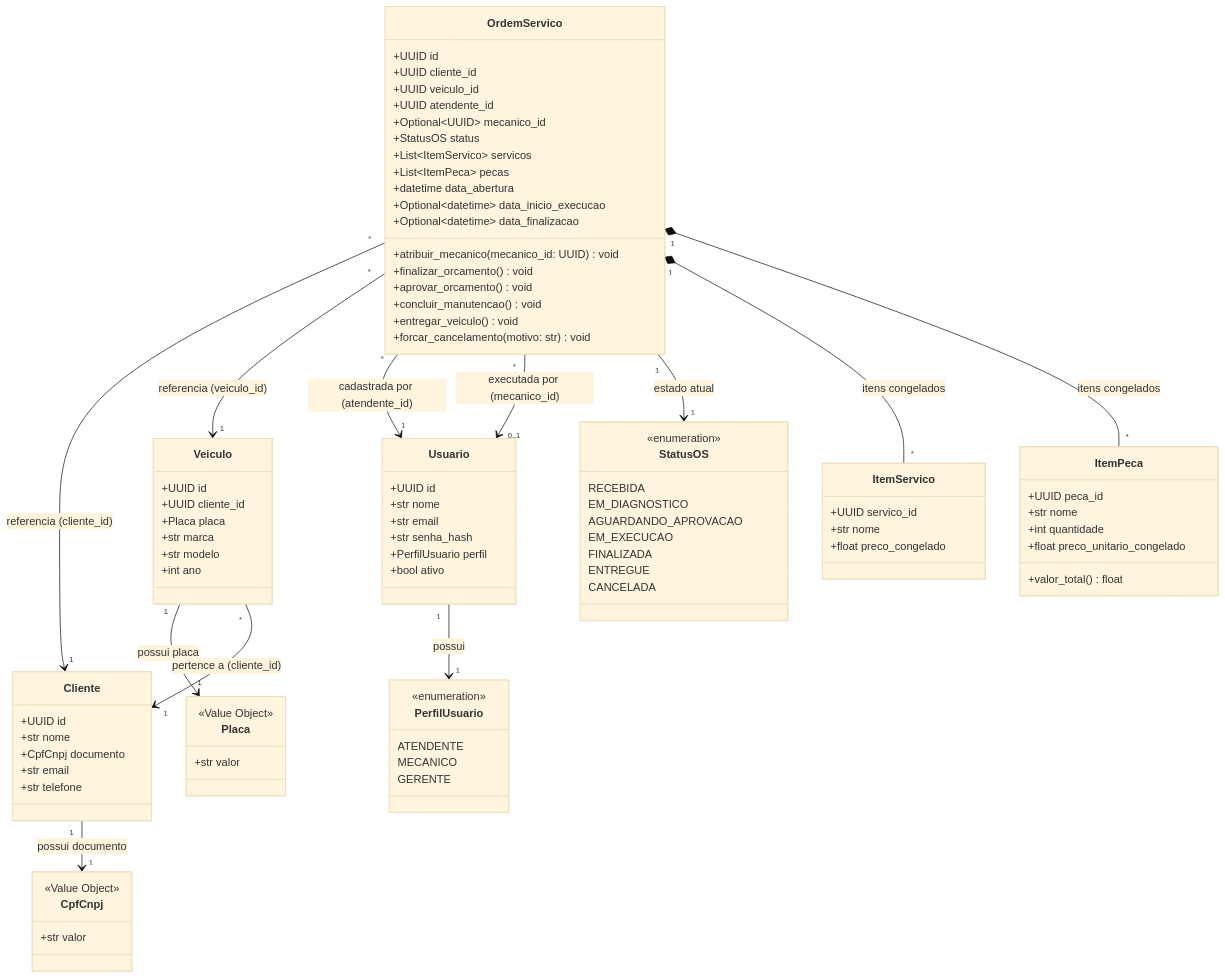
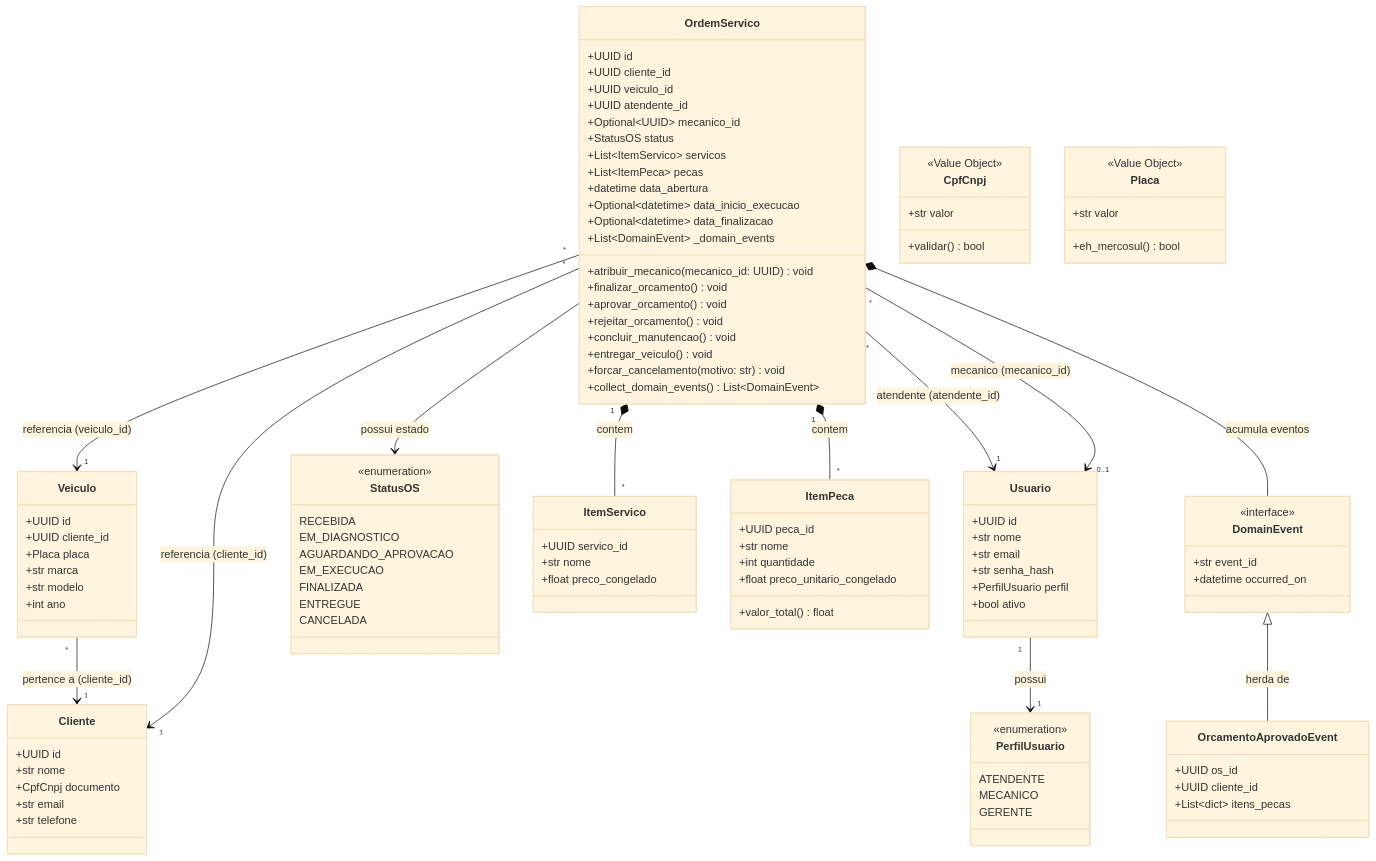
The fourth of 4 diagrams in docs/ddd/c4-model.md (vieira-gabriel/FIAP_SIAES), drawn with Mermaid (base theme) before and after one commit. The commit also changed other lines of this file, not shown here.

````diff
--- a/docs/ddd/c4-model.md
+++ b/docs/ddd/c4-model.md
@@ -208,6 +213,17 @@
         GERENTE
     }
 
+    class StatusOS {
+        <<enumeration>>
+        RECEBIDA
+        EM_DIAGNOSTICO
+        AGUARDANDO_APROVACAO
+        EM_EXECUCAO
+        FINALIZADA
+        ENTREGUE
+        CANCELADA
+    }
+
     class OrdemServico {
         +UUID id
         +UUID cliente_id
@@ -220,12 +236,15 @@
         +datetime data_abertura
         +Optional~datetime~ data_inicio_execucao
         +Optional~datetime~ data_finalizacao
+        +List~DomainEvent~ _domain_events
         +atribuir_mecanico(mecanico_id: UUID) void
         +finalizar_orcamento() void
         +aprovar_orcamento() void
+        +rejeitar_orcamento() void
         +concluir_manutencao() void
         +entregar_veiculo() void
         +forcar_cancelamento(motivo: str) void
+        +collect_domain_events() List~DomainEvent~
     }
 
     class ItemServico {
@@ -242,36 +261,39 @@
         +valor_total() float
     }
 
-    class StatusOS {
-        <<enumeration>>
-        RECEBIDA
-        EM_DIAGNOSTICO
-        AGUARDANDO_APROVACAO
-        EM_EXECUCAO
-        FINALIZADA
-        ENTREGUE
-        CANCELADA
-    }
-
     class CpfCnpj {
         <<Value Object>>
         +str valor
+        +validar() bool
     }
 
     class Placa {
         <<Value Object>>
         +str valor
+        +eh_mercosul() bool
+    }
+
+    class DomainEvent {
+        <<interface>>
+        +str event_id
+        +datetime occurred_on
+    }
+
+    class OrcamentoAprovadoEvent {
+        +UUID os_id
+        +UUID cliente_id
+        +List~dict~ itens_pecas
     }
 
     Usuario "1" --> "1" PerfilUsuario : possui
-    Cliente "1" --> "1" CpfCnpj : possui documento
-    Veiculo "1" --> "1" Placa : possui placa
     Veiculo "*" --> "1" Cliente : pertence a (cliente_id)
     OrdemServico "*" --> "1" Cliente : referencia (cliente_id)
     OrdemServico "*" --> "1" Veiculo : referencia (veiculo_id)
-    OrdemServico "*" --> "1" Usuario : cadastrada por (atendente_id)
-    OrdemServico "*" --> "0..1" Usuario : executada por (mecanico_id)
-    OrdemServico "1" --> "1" StatusOS : estado atual
-    OrdemServico "1" *-- "*" ItemServico : itens congelados
-    OrdemServico "1" *-- "*" ItemPeca : itens congelados
+    OrdemServico "*" --> "1" Usuario : atendente (atendente_id)
+    OrdemServico "*" --> "0..1" Usuario : mecanico (mecanico_id)
+    OrdemServico "1" *-- "*" ItemServico : contem
+    OrdemServico "1" *-- "*" ItemPeca : contem
+    OrdemServico --> StatusOS : possui estado
+    DomainEvent <|-- OrcamentoAprovadoEvent : herda de
+    OrdemServico *-- DomainEvent : acumula eventos
 ```
````
